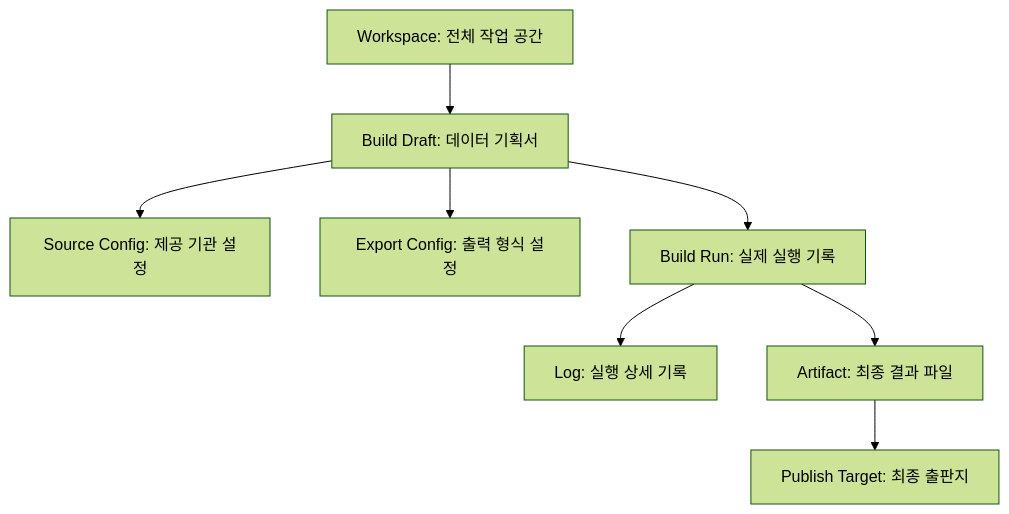
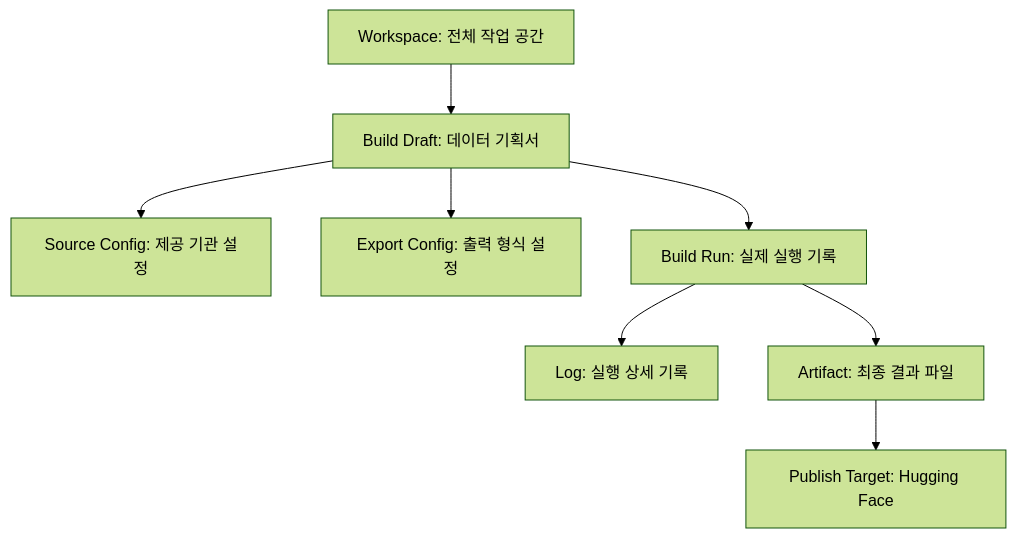
One commit to kpubdata-lab/kpubdata-studio changed the second of 2 diagrams in INFORMATION_ARCHITECTURE.md. Above: the diagram before and after it, drawn with Mermaid (forest theme). The commit also changed other lines of this file and 9 other files, not shown here.

````diff
--- a/INFORMATION_ARCHITECTURE.md
+++ b/INFORMATION_ARCHITECTURE.md
@@ -112,12 +114,12 @@
 ```mermaid
 graph TD
     Workspace[Workspace: 전체 작업 공간] --> Draft[Build Draft: 데이터 기획서]
     Draft --> SourceConfig[Source Config: 제공 기관 설정]
     Draft --> ExportConfig[Export Config: 출력 형식 설정]
     
     Draft --> BuildRun[Build Run: 실제 실행 기록]
     BuildRun --> Log[Log: 실행 상세 기록]
     BuildRun --> Artifact[Artifact: 최종 결과 파일]
     
-    Artifact --> PublishTarget[Publish Target: 최종 출판지]
+    Artifact --> PublishTarget[Publish Target: Hugging Face]
 ```
````
